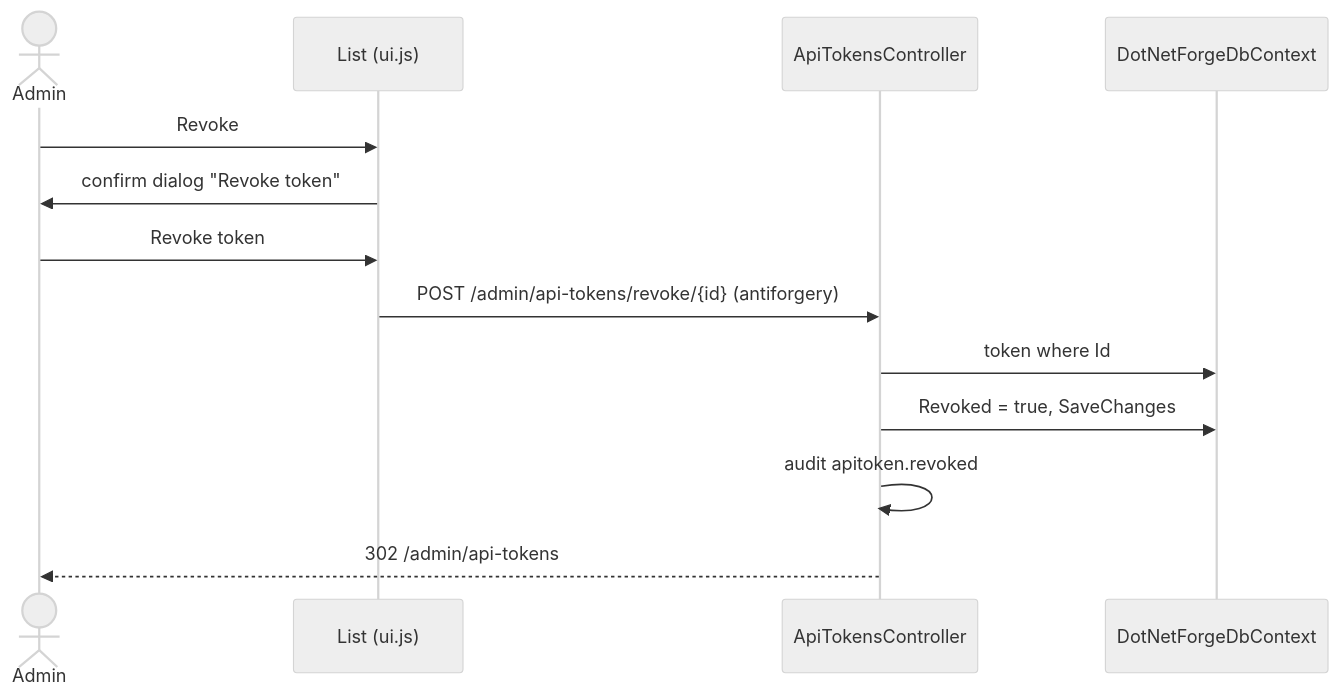
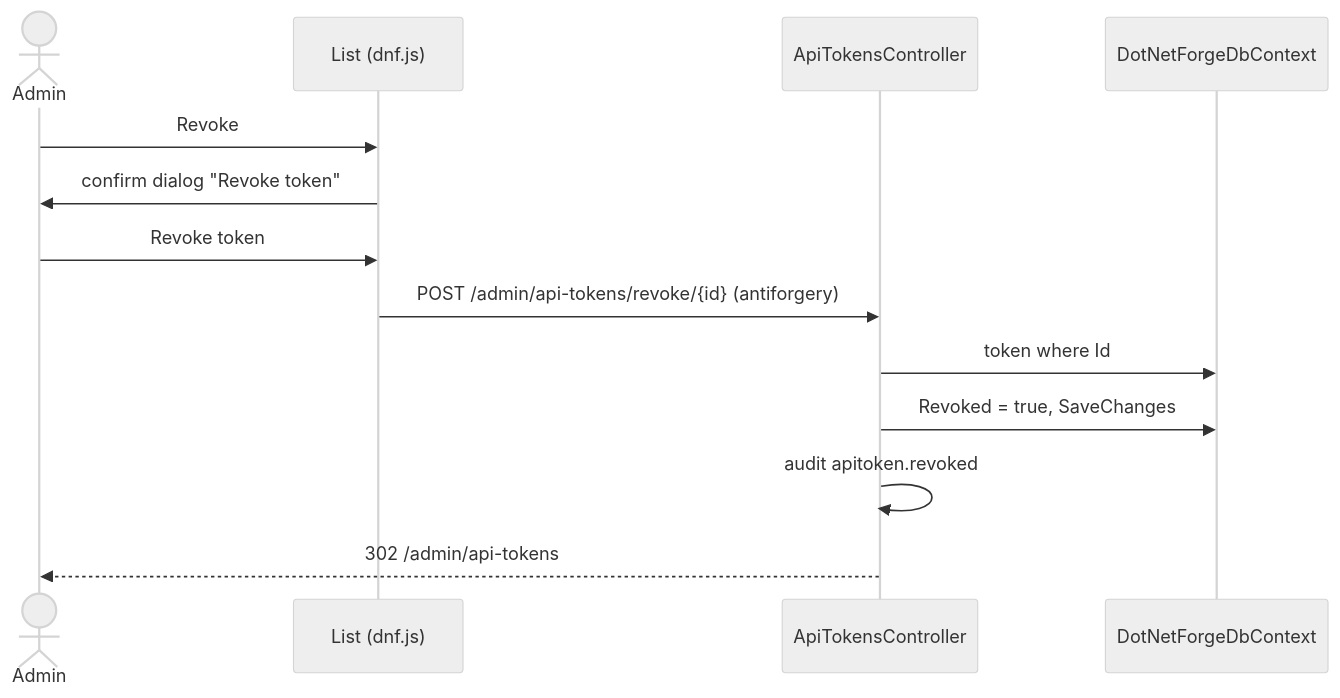
One commit to Albadit/DotNetForge changed the first of 2 diagrams in .docs/pages/api-tokens.md. Above: the diagram before and after it, drawn with Mermaid (neutral theme). The commit also changed other lines of this file and 412 other files, not shown here.

````diff
--- a/.docs/pages/api-tokens.md
+++ b/.docs/pages/api-tokens.md
@@ -120,15 +120,15 @@
 ```mermaid
 sequenceDiagram
     actor A as Admin
-    participant UI as List (ui.js)
+    participant UI as List (dnf.js)
     participant C as ApiTokensController
     participant DB as DotNetForgeDbContext
     A->>UI: Revoke
     UI->>A: confirm dialog "Revoke token"
     A->>UI: Revoke token
     UI->>C: POST /admin/api-tokens/revoke/{id} (antiforgery)
     C->>DB: token where Id
     C->>DB: Revoked = true, SaveChanges
     C->>C: audit apitoken.revoked
     C-->>A: 302 /admin/api-tokens
 ```
````
